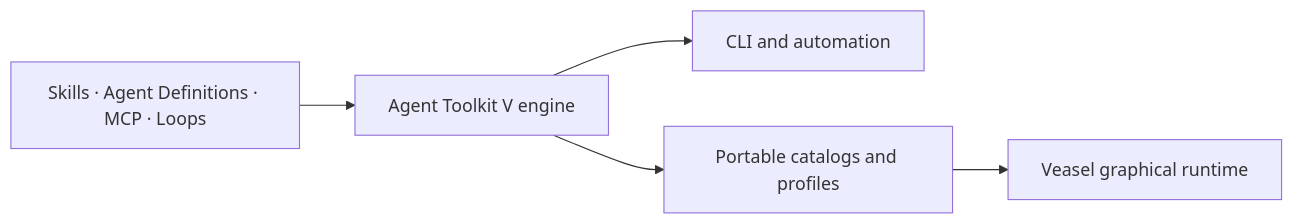
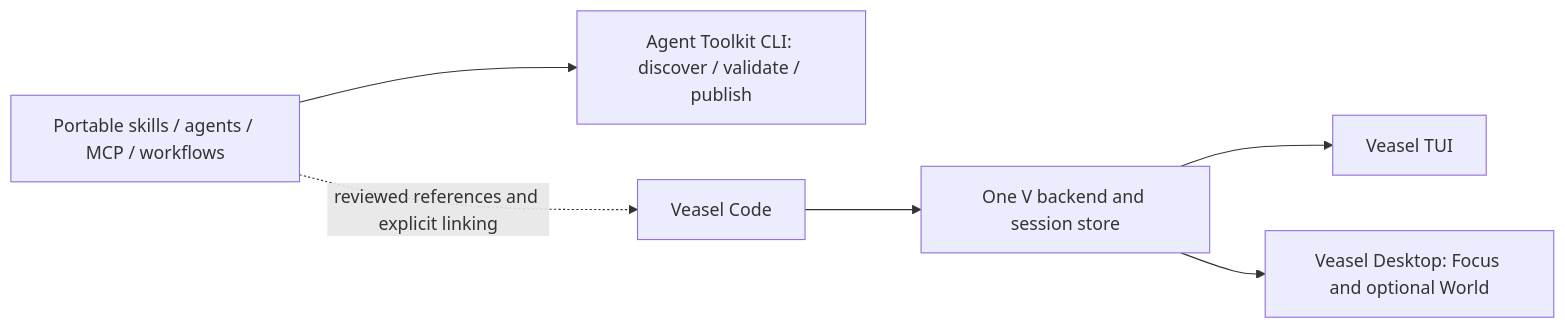
The diagram in README.md (ulises-jeremias/agent-toolkit), drawn with Mermaid before and after one commit. The commit also changed other lines of this file, not shown here.

Commit message:
docs: present Agent Toolkit as portable capabilities (#1849)

````diff
--- a/README.md
+++ b/README.md
@@ -43,7 +40,8 @@
 ```mermaid
 flowchart LR
-  A[Skills · Agent Definitions · MCP · Loops] --> B[Agent Toolkit V engine]
-  B --> C[CLI and automation]
-  B --> D[Portable catalogs and profiles]
-  D --> E[Veasel graphical runtime]
+  A[Portable skills / agents / MCP / workflows] --> B[Agent Toolkit CLI: discover / validate / publish]
+  A -. reviewed references and explicit linking .-> C[Veasel Code]
+  C --> D[One V backend and session store]
+  D --> E[Veasel TUI]
+  D --> F[Veasel Desktop: Focus and optional World]
 ```
````
